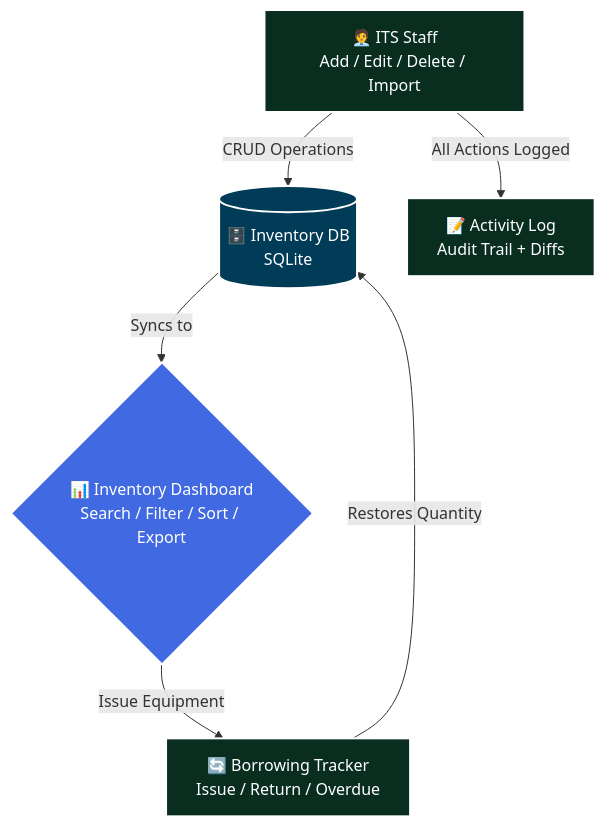
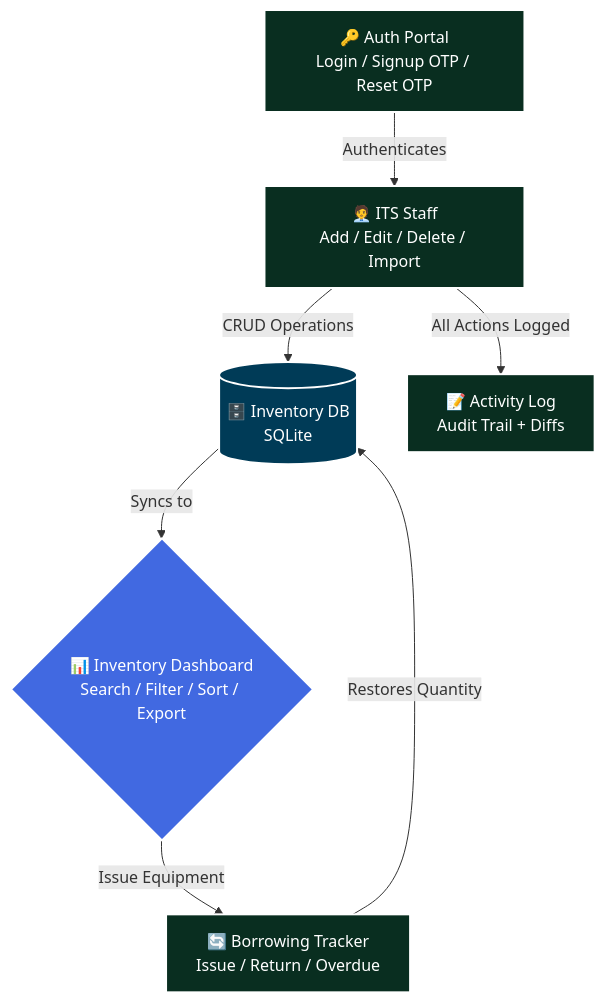
One commit to TheUnshackled1/ITS-INVENTORY-SYSTEM changed the first of 2 diagrams in README.md. Above: the diagram before and after it, drawn with Mermaid. The commit also changed other lines of this file and 2 other files, not shown here.

Commit message:
implement email-based OTP authentication and password recovery system with updated project documentation.

````diff
--- a/README.md
+++ b/README.md
@@ -91,15 +95,16 @@
 ```mermaid
 flowchart TD
     classDef default fill:#092E20,stroke:#fff,stroke-width:2px,color:#fff
     classDef db fill:#003B57,stroke:#fff,stroke-width:2px,color:#fff
     classDef highlight fill:#4169E1,stroke:#fff,stroke-width:2px,color:#fff
 
     A["🧑‍💼 ITS Staff<br/>Add / Edit / Delete / Import"] -->|CRUD Operations| B[("🗄️ Inventory DB<br/>SQLite")]
     B -->|Syncs to| C{"📊 Inventory Dashboard<br/>Search / Filter / Sort / Export"}
     C -->|Issue Equipment| D["🔄 Borrowing Tracker<br/>Issue / Return / Overdue"]
     D -->|Restores Quantity| B
     A -->|All Actions Logged| E["📝 Activity Log<br/>Audit Trail + Diffs"]
+    F["🔑 Auth Portal<br/>Login / Signup OTP / Reset OTP"] -->|Authenticates| A
 
     class B db
     class C highlight
 ```
````
